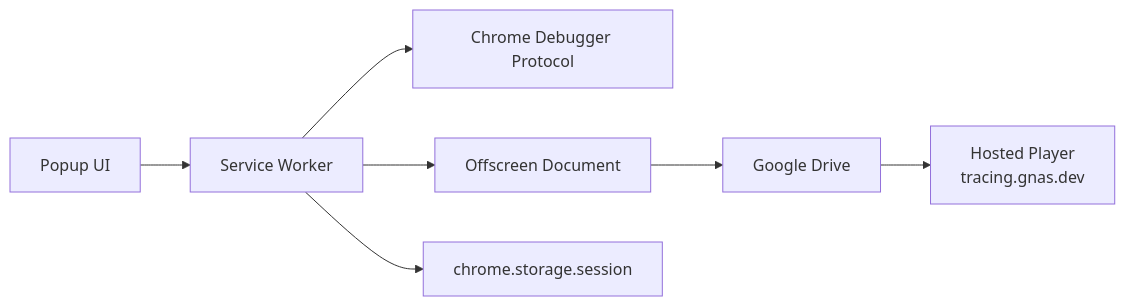
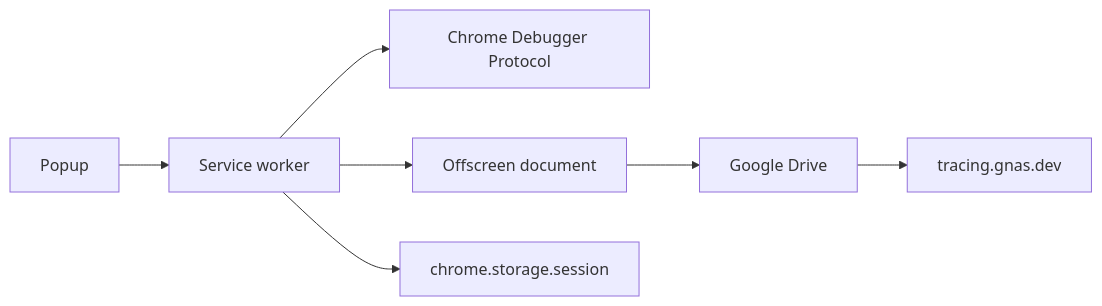
Before and after one commit to gnasdev/gn-tracing: the diagram in DEVELOPER.md, drawn with Mermaid. The commit also changed other lines of this file and 20 other files, not shown here.

````diff
--- a/DEVELOPER.md
+++ b/DEVELOPER.md
@@ -34,9 +27,9 @@
 ```mermaid
 flowchart LR
-  Popup["Popup UI"] --> SW["Service Worker"]
+  Popup["Popup"] --> SW["Service worker"]
   SW --> CDP["Chrome Debugger Protocol"]
-  SW --> Offscreen["Offscreen Document"]
-  SW --> SessionState["chrome.storage.session"]
+  SW --> Offscreen["Offscreen document"]
+  SW --> Session["chrome.storage.session"]
   Offscreen --> Drive["Google Drive"]
-  Drive --> Player["Hosted Player<br/>tracing.gnas.dev"]
+  Drive --> Player["tracing.gnas.dev"]
 ```
````
